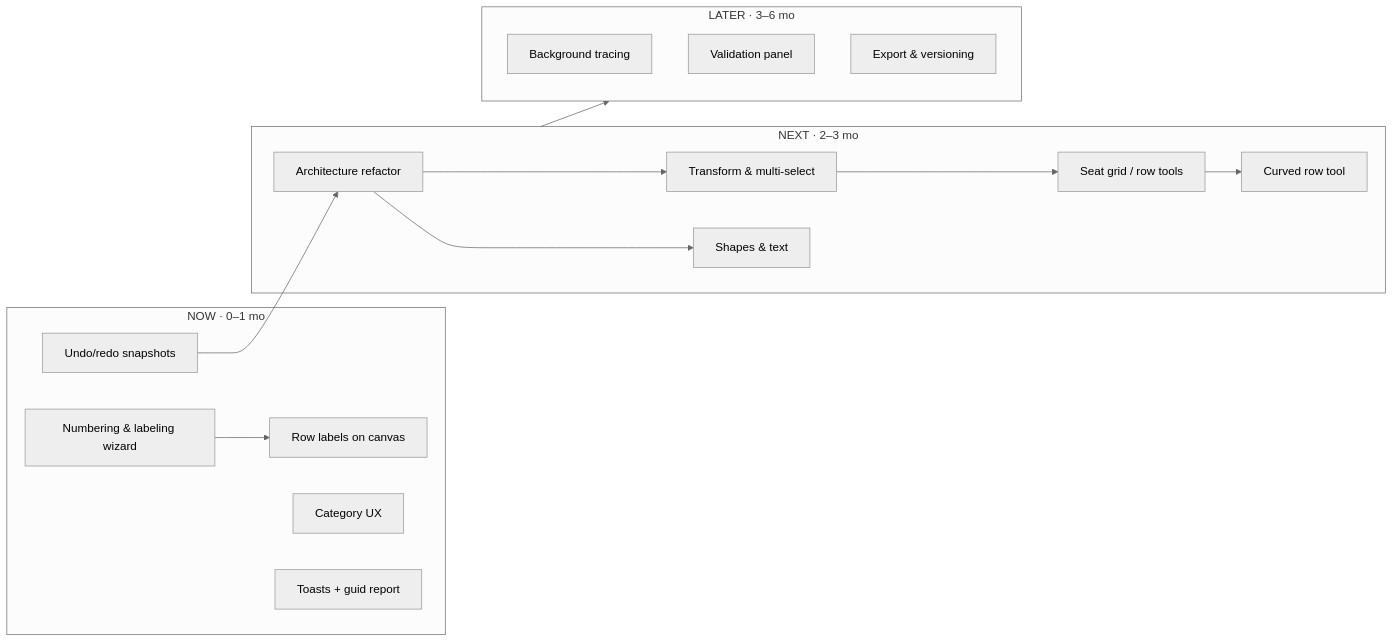
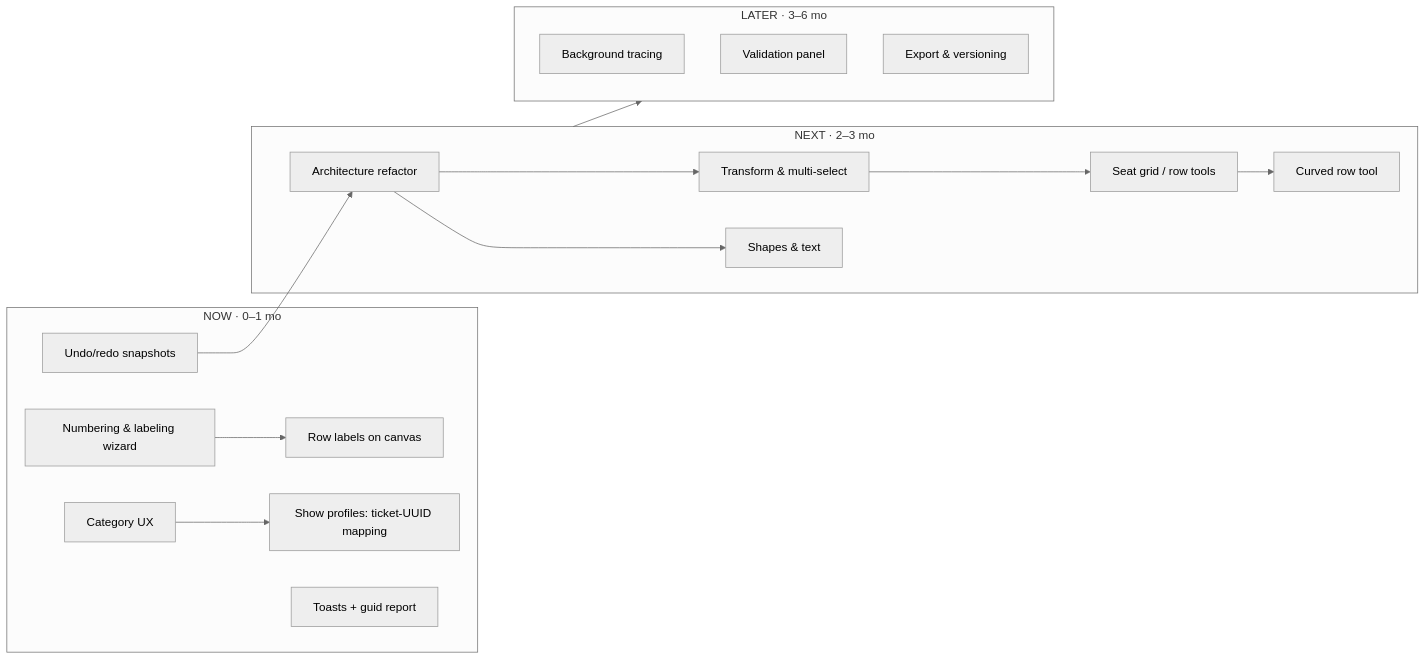
One commit to faisaladi/seat-mapper-v2 changed the first of 2 diagrams in docs/pretix-parity-plan.md. Above: the diagram before and after it, drawn with Mermaid (neutral theme). The commit also changed other lines of this file, not shown here.

````diff
--- a/docs/pretix-parity-plan.md
+++ b/docs/pretix-parity-plan.md
@@ -83,27 +87,29 @@
 ```mermaid
 flowchart LR
   subgraph NOW [NOW · 0–1 mo]
     N1[Numbering & labeling wizard]
     N2[Row labels on canvas]
     N3[Undo/redo snapshots]
     N4[Category UX]
+    N9[Show profiles: ticket-UUID mapping]
     N5[Toasts + guid report]
   end
   subgraph NEXT [NEXT · 2–3 mo]
     X1[Architecture refactor]
     X2[Transform & multi-select]
     X3[Seat grid / row tools]
     X4[Curved row tool]
     X5[Shapes & text]
   end
   subgraph LATER [LATER · 3–6 mo]
     L1[Background tracing]
     L2[Validation panel]
     L3[Export & versioning]
   end
   N1 --> N2
+  N4 --> N9
   N3 --> X1
   X1 --> X2 --> X3 --> X4
   X1 --> X5
   NEXT --> LATER
 ```
````
